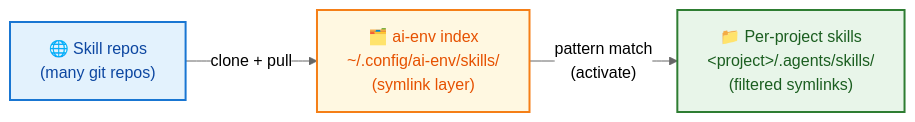
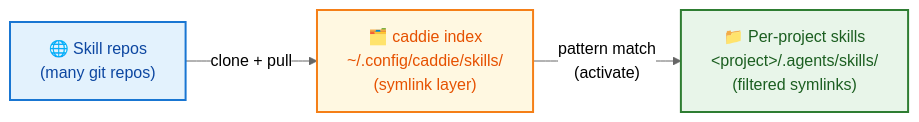
Before and after one commit to Portauw/caddie: the diagram in docs/images/02-what-it-does.mmd, drawn with Mermaid (neutral theme). The commit also changed 21 other files, not shown here.

First line of the commit message:
chore: rename ai-env → caddie

```diff
--- a/docs/images/02-what-it-does.mmd
+++ b/docs/images/02-what-it-does.mmd
@@ -1,11 +1,11 @@
 flowchart LR
     classDef src fill:#e3f2fd,stroke:#1976d2,stroke-width:2px,color:#0d47a1
     classDef idx fill:#fff8e1,stroke:#f57f17,stroke-width:2px,color:#e65100
     classDef proj fill:#e8f5e9,stroke:#2e7d32,stroke-width:2px,color:#1b5e20
 
     A["🌐 Skill repos<br/>(many git repos)"]:::src
-    B["🗂️ ai-env index<br/>~/.config/ai-env/skills/<br/>(symlink layer)"]:::idx
+    B["🗂️ caddie index<br/>~/.config/caddie/skills/<br/>(symlink layer)"]:::idx
     C["📁 Per-project skills<br/>&lt;project&gt;/.agents/skills/<br/>(filtered symlinks)"]:::proj
 
     A -->|"clone + pull"| B
     B -->|"pattern match<br/>(activate)"| C
```
